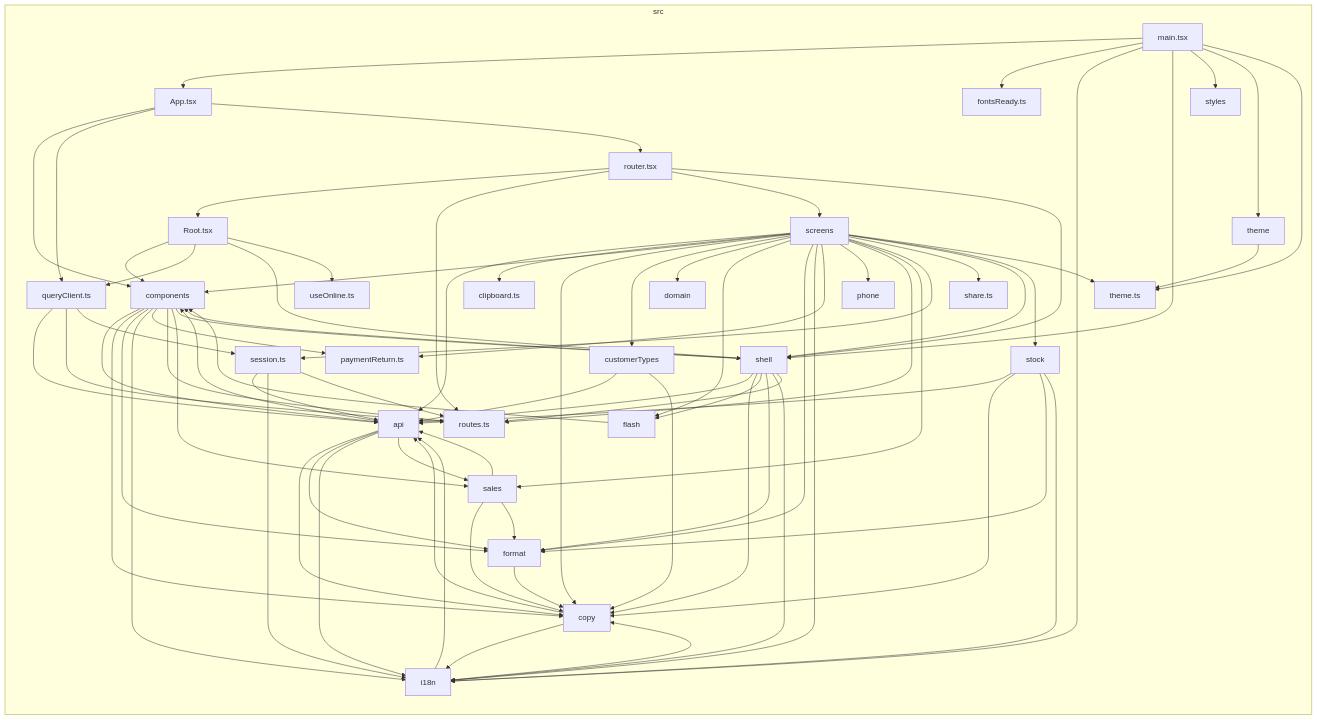
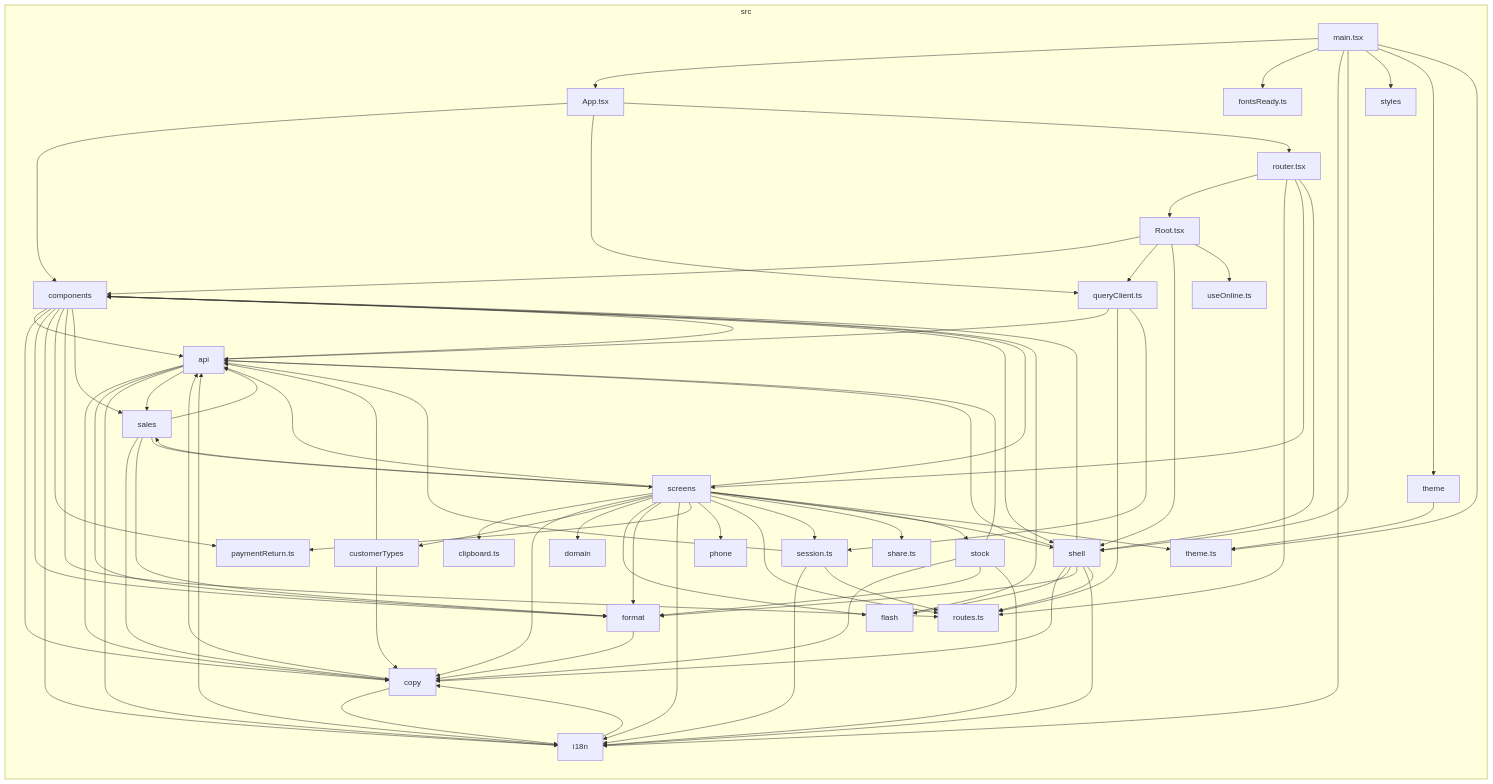
The diagram in docs/architecture/generated/front-modules/overview.md (GonzaloZevallos/apostrophe), drawn with Mermaid before and after one commit. The commit also changed 1 other file, not shown here.

Commit message:
chore(docs): regenerate [skip ci]

```diff
--- a/docs/architecture/generated/front-modules/overview.md
+++ b/docs/architecture/generated/front-modules/overview.md
@@ -81,6 +81,7 @@
 src_sales-->src_api
 src_sales-->src_copy
 src_sales-->src_format
+src_sales-->src_screens
 src_screens-->src_api
 src_screens-->src_clipboard_ts
 src_screens-->src_components
```
